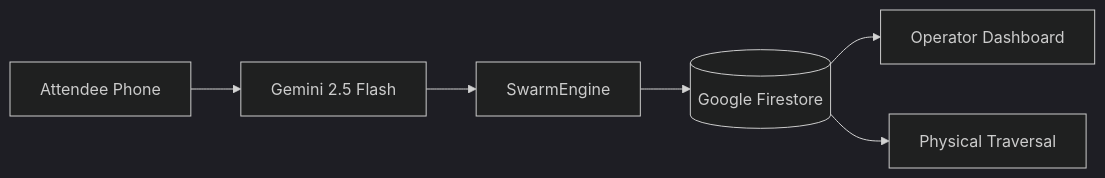
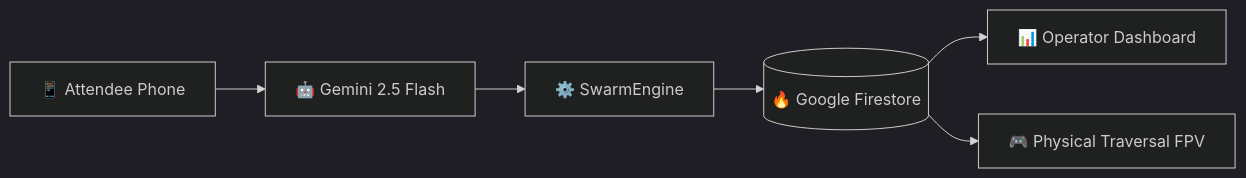
Before and after one commit to Varshith10121901/Stadium-Controler: the diagram in README.md, drawn with Mermaid (dark theme). The commit also changed other lines of this file and 2 other files, not shown here.

Commit message:
Upgrade: Rich Gemini prompts with LoS JSON, Firestore test suite, updated README

````diff
--- a/README.md
+++ b/README.md
@@ -24,8 +30,8 @@
 ```mermaid
 graph LR
-    User[Attendee Phone] --> Gemini[Gemini 2.5 Flash]
-    Gemini --> Engine[SwarmEngine]
-    Engine --> Firestore[(Google Firestore)]
-    Firestore --> Dash[Operator Dashboard]
-    Firestore --> Mobile[Physical Traversal]
+    User[📱 Attendee Phone] --> Gemini[🤖 Gemini 2.5 Flash]
+    Gemini --> Engine[⚙️ SwarmEngine]
+    Engine --> Firestore[(🔥 Google Firestore)]
+    Firestore --> Dash[📊 Operator Dashboard]
+    Firestore --> FPV[🎮 Physical Traversal FPV]
 ```
````
